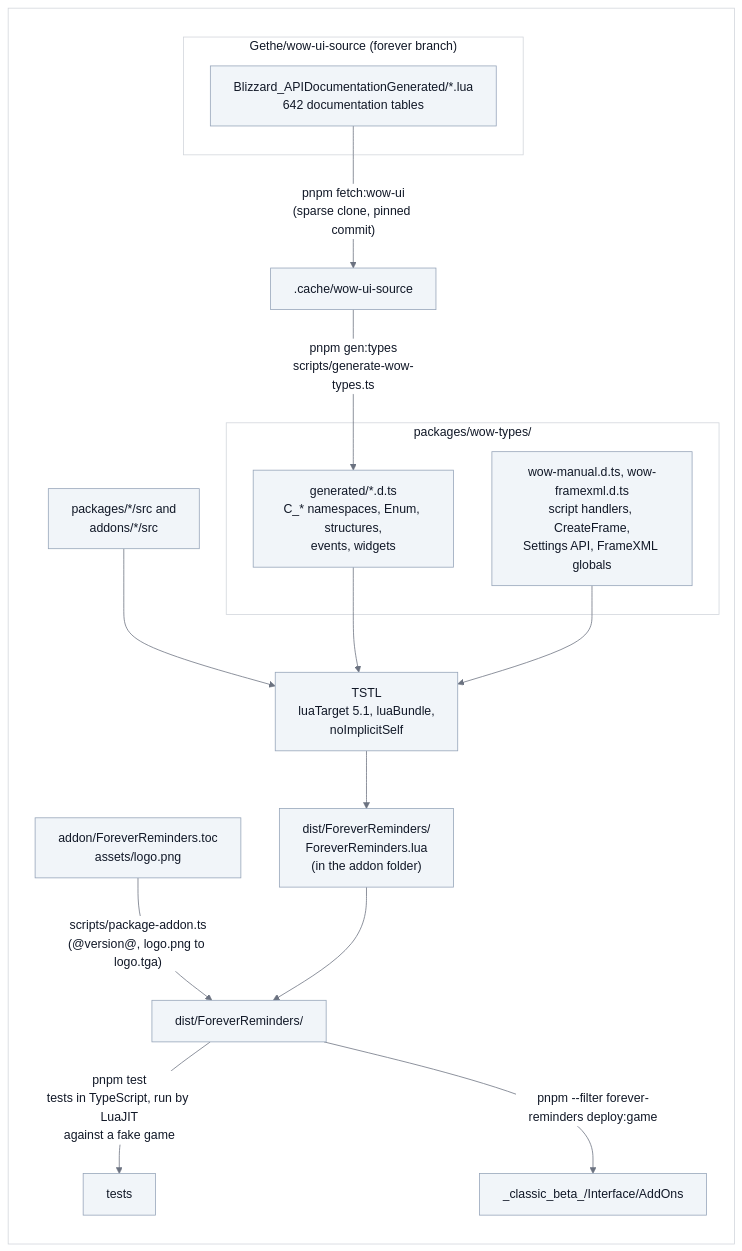
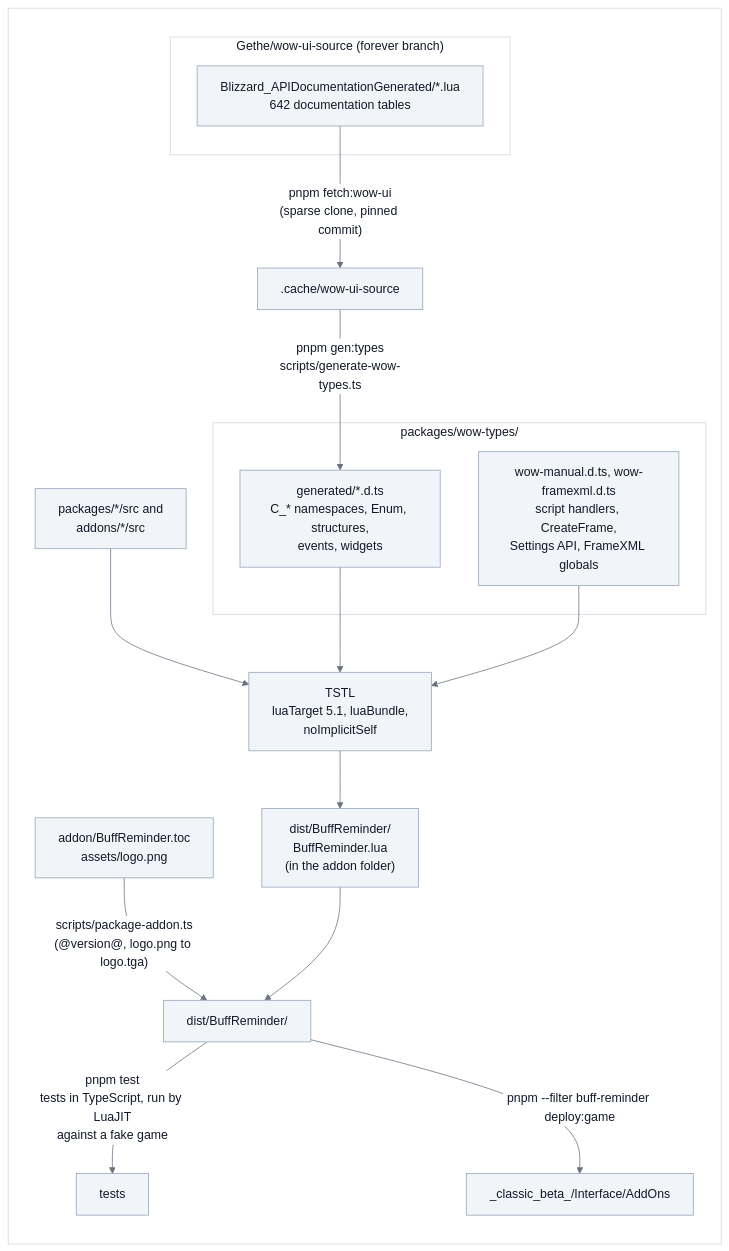
The first of 7 diagrams in docs/architecture.md (vattiss/wowkit), drawn with Mermaid before and after one commit. The commit also changed other lines of this file and 236 other files, not shown here.

````diff
--- a/docs/architecture.md
+++ b/docs/architecture.md
@@ -42,29 +43,29 @@
 ```mermaid
 %%{init: {"theme":"base","themeVariables":{"background":"#ffffff","lineColor":"#6b7280","textColor":"#111827","primaryColor":"#f1f5f9","primaryTextColor":"#111827","primaryBorderColor":"#94a3b8","secondaryColor":"#e2e8f0","tertiaryColor":"#ffffff","mainBkg":"#f1f5f9","nodeBorder":"#94a3b8","nodeTextColor":"#111827","titleColor":"#111827","edgeLabelBackground":"#ffffff","labelBackground":"#ffffff","labelTextColor":"#111827","clusterBkg":"#ffffff","clusterBorder":"#d1d5db","classText":"#111827","actorBkg":"#f1f5f9","actorTextColor":"#111827","actorBorder":"#94a3b8","actorLineColor":"#6b7280","signalColor":"#374151","signalTextColor":"#111827","noteBkgColor":"#fef9c3","noteTextColor":"#111827","noteBorderColor":"#ca8a04"}}}%%
 flowchart LR
     classDef default fill:#f1f5f9,stroke:#94a3b8,color:#111827
     subgraph PANEL[" "]
         subgraph upstream["Gethe/wow-ui-source (forever branch)"]
             docs["Blizzard_APIDocumentationGenerated/*.lua<br/>642 documentation tables"]
         end
 
         subgraph typings["packages/wow-types/"]
             generated["generated/*.d.ts<br/>C_* namespaces, Enum, structures,<br/>events, widgets"]
             manual["wow-manual.d.ts, wow-framexml.d.ts<br/>script handlers, CreateFrame,<br/>Settings API, FrameXML globals"]
         end
 
         docs -- "pnpm fetch:wow-ui<br/>(sparse clone, pinned commit)" --> cache[".cache/wow-ui-source"]
         cache -- "pnpm gen:types<br/>scripts/generate-wow-types.ts" --> generated
 
         src["packages/*/src and<br/>addons/*/src"] --> tstl["TSTL<br/>luaTarget 5.1, luaBundle,<br/>noImplicitSelf"]
         generated --> tstl
         manual --> tstl
-        tstl --> lua["dist/ForeverReminders/<br/>ForeverReminders.lua<br/>(in the addon folder)"]
-        toc["addon/ForeverReminders.toc<br/>assets/logo.png"] -- "scripts/package-addon.ts<br/>(@version@, logo.png to logo.tga)" --> dist["dist/ForeverReminders/"]
+        tstl --> lua["dist/BuffReminder/<br/>BuffReminder.lua<br/>(in the addon folder)"]
+        toc["addon/BuffReminder.toc<br/>assets/logo.png"] -- "scripts/package-addon.ts<br/>(@version@, logo.png to logo.tga)" --> dist["dist/BuffReminder/"]
         lua --> dist
         dist -- "pnpm test<br/>tests in TypeScript, run by LuaJIT<br/>against a fake game" --> smoke["tests"]
-        dist -- "pnpm --filter forever-reminders deploy:game" --> game["_classic_beta_/Interface/AddOns"]
+        dist -- "pnpm --filter buff-reminder deploy:game" --> game["_classic_beta_/Interface/AddOns"]
     end
     classDef panel fill:#ffffff,stroke:#d1d5db,color:#111827
     class PANEL panel
 ```
````
